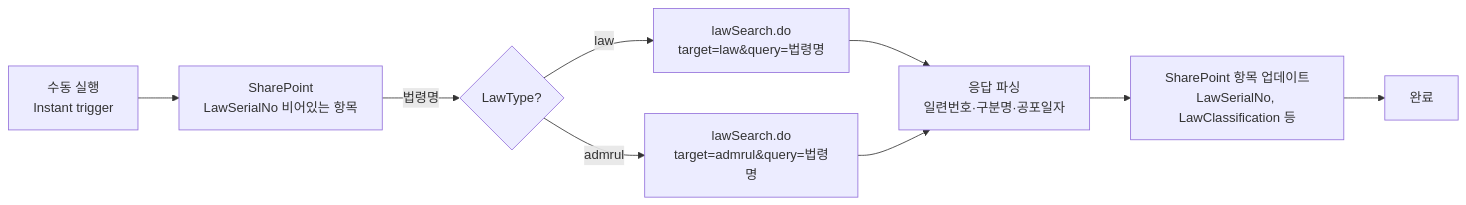
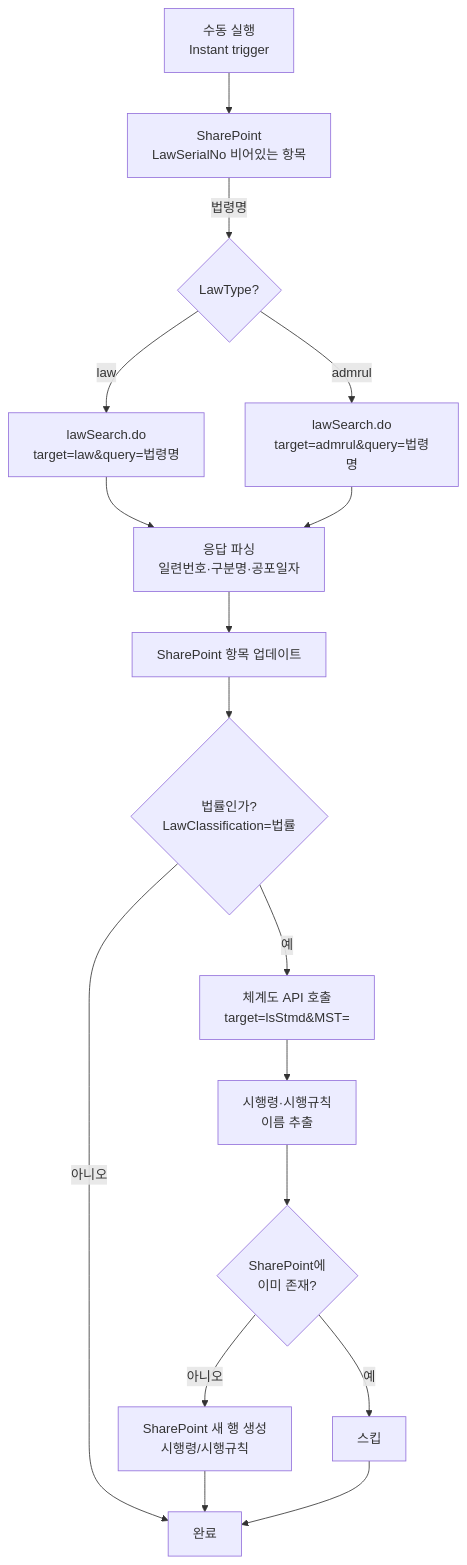
The second of 2 diagrams in docs/designs/20260523_법령변경알림.md (tlsqhdrbek-debug/ms-design-agents), drawn with Mermaid before and after one commit. The commit also changed other lines of this file, not shown here.

First line of the commit message:
docs(design): v1.2 시행령/시행규칙 자동 발견 - 체계도 API(lsStmd) 적용

````diff
--- a/docs/designs/20260523_법령변경알림.md
+++ b/docs/designs/20260523_법령변경알림.md
@@ -81,11 +84,19 @@
 ```mermaid
-flowchart LR
+flowchart TD
   T[수동 실행<br/>Instant trigger] --> SP[SharePoint<br/>LawSerialNo 비어있는 항목]
   SP -->|법령명| SW{LawType?}
   SW -- law --> S_L[lawSearch.do<br/>target=law&query=법령명]
   SW -- admrul --> S_A[lawSearch.do<br/>target=admrul&query=법령명]
   S_L --> P[응답 파싱<br/>일련번호·구분명·공포일자]
   S_A --> P
-  P --> UP[SharePoint 항목 업데이트<br/>LawSerialNo, LawClassification 등]
-  UP --> END[완료]
+  P --> UP[SharePoint 항목 업데이트]
+  UP --> CHK{법률인가?<br/>LawClassification=법률}
+  CHK -- 예 --> STM[체계도 API 호출<br/>target=lsStmd&MST=]
+  CHK -- 아니오 --> END[완료]
+  STM --> PARSE[시행령·시행규칙<br/>이름 추출]
+  PARSE --> DUP{SharePoint에<br/>이미 존재?}
+  DUP -- 아니오 --> CREATE[SharePoint 새 행 생성<br/>시행령/시행규칙]
+  DUP -- 예 --> SKIP[스킵]
+  CREATE --> END
+  SKIP --> END
 ```
````
